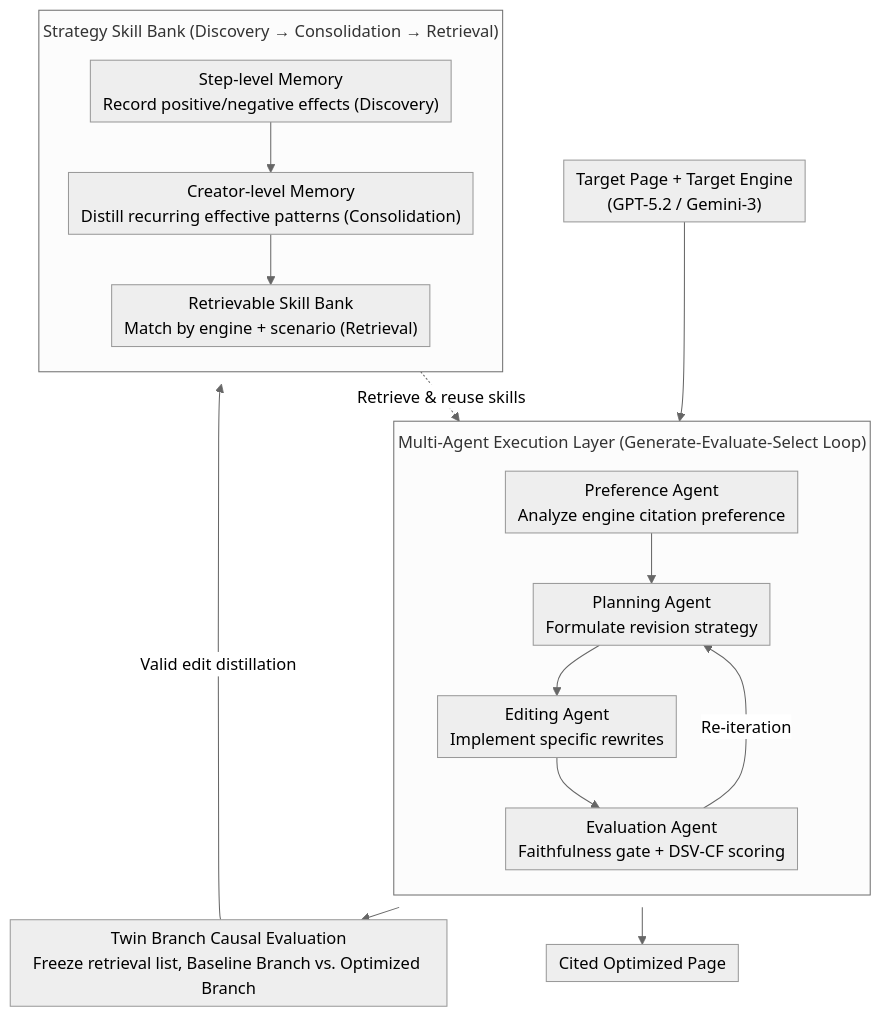
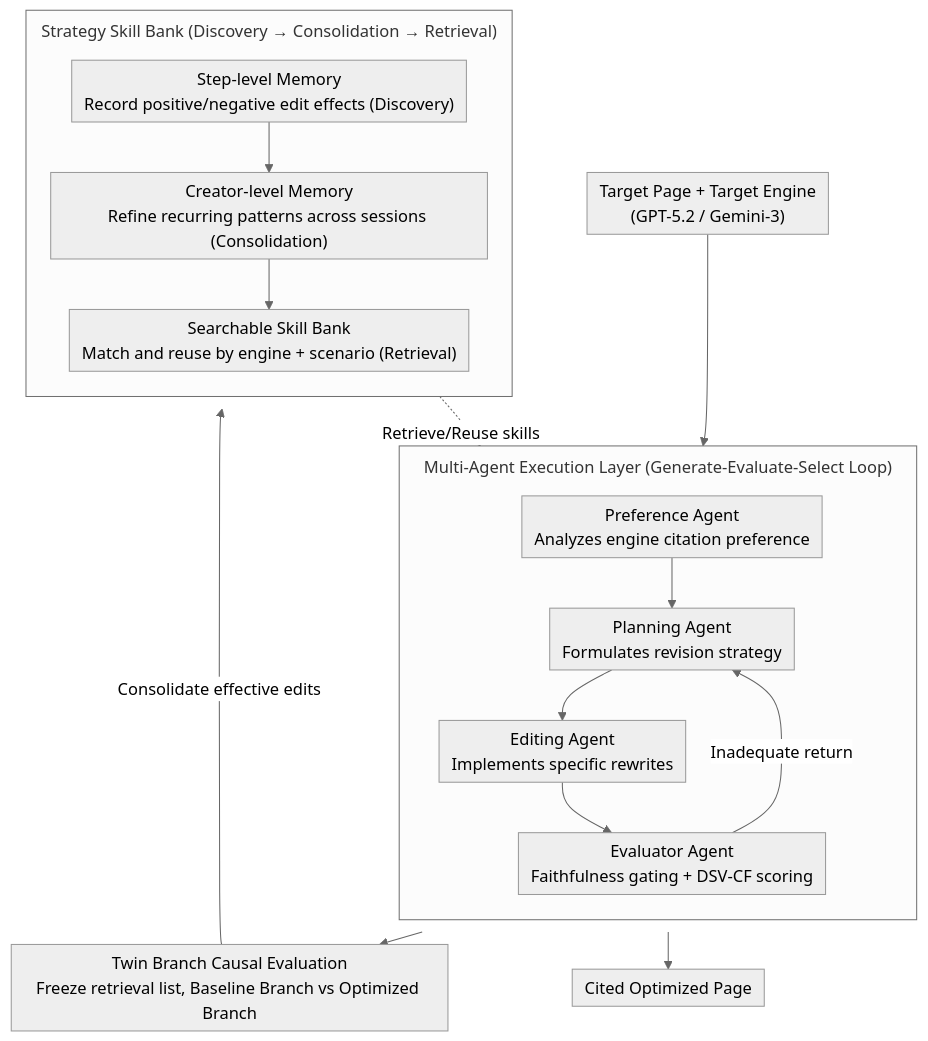
One commit to zhaoyang97/Paper-Notes-en changed the diagram in docs/ACL2026/multi_agent/from_experience_to_skill_multi-agent_generative_engine_optimization_via_reusable.md. Above: the diagram before and after it, drawn with Mermaid (neutral theme). The commit also changed other lines of this file and 5084 other files, not shown here.

````diff
--- a/docs/ACL2026/multi_agent/from_experience_to_skill_multi-agent_generative_engine_optimization_via_reusable.md
+++ b/docs/ACL2026/multi_agent/from_experience_to_skill_multi-agent_generative_engine_optimization_via_reusable.md
@@ -44,26 +44,26 @@
 ```mermaid
 %%{init: {'flowchart': {'rankSpacing': 24, 'nodeSpacing': 28, 'padding': 6, 'wrappingWidth': 400, 'subGraphTitleMargin': {'top': 8, 'bottom': 16}}}}%%
 flowchart TD
     IN["Target Page + Target Engine<br/>(GPT-5.2 / Gemini-3)"]
     subgraph EXEC["Multi-Agent Execution Layer (Generate-Evaluate-Select Loop)"]
         direction TB
-        P["Preference Agent<br/>Analyze engine citation preference"]
-        PL["Planning Agent<br/>Formulate revision strategy"]
-        ED["Editing Agent<br/>Implement specific rewrites"]
-        EV["Evaluation Agent<br/>Faithfulness gate + DSV-CF scoring"]
+        P["Preference Agent<br/>Analyzes engine citation preference"]
+        PL["Planning Agent<br/>Formulates revision strategy"]
+        ED["Editing Agent<br/>Implements specific rewrites"]
+        EV["Evaluator Agent<br/>Faithfulness gating + DSV-CF scoring"]
         P --> PL --> ED --> EV
-        EV -->|Re-iteration| PL
+        EV -->|Inadequate return| PL
     end
     IN --> EXEC
-    EXEC --> TB["Twin Branch Causal Evaluation<br/>Freeze retrieval list, Baseline Branch vs. Optimized Branch"]
+    EXEC --> TB["Twin Branch Causal Evaluation<br/>Freeze retrieval list, Baseline Branch vs Optimized Branch"]
     subgraph LEARN["Strategy Skill Bank (Discovery → Consolidation → Retrieval)"]
         direction TB
-        M1["Step-level Memory<br/>Record positive/negative effects (Discovery)"]
-        M2["Creator-level Memory<br/>Distill recurring effective patterns (Consolidation)"]
-        SB["Retrievable Skill Bank<br/>Match by engine + scenario (Retrieval)"]
+        M1["Step-level Memory<br/>Record positive/negative edit effects (Discovery)"]
+        M2["Creator-level Memory<br/>Refine recurring patterns across sessions (Consolidation)"]
+        SB["Searchable Skill Bank<br/>Match and reuse by engine + scenario (Retrieval)"]
         M1 --> M2 --> SB
     end
-    TB -->|Valid edit distillation| LEARN
-    SB -.->|Retrieve & reuse skills| PL
+    TB -->|Consolidate effective edits| LEARN
+    SB -.->|Retrieve/Reuse skills| PL
     EXEC --> OUT["Cited Optimized Page"]
 ```
````
